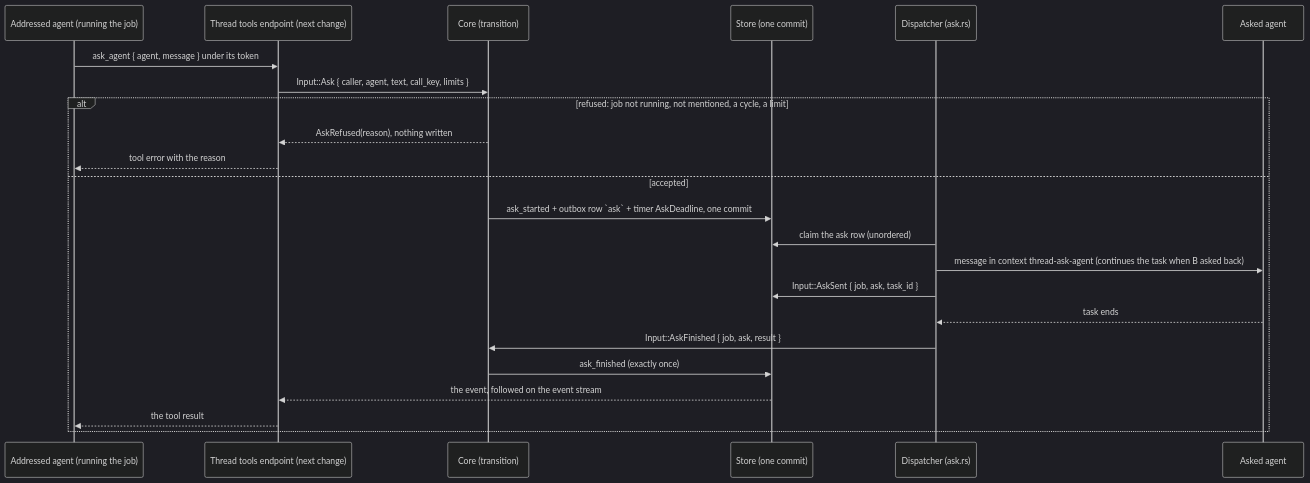
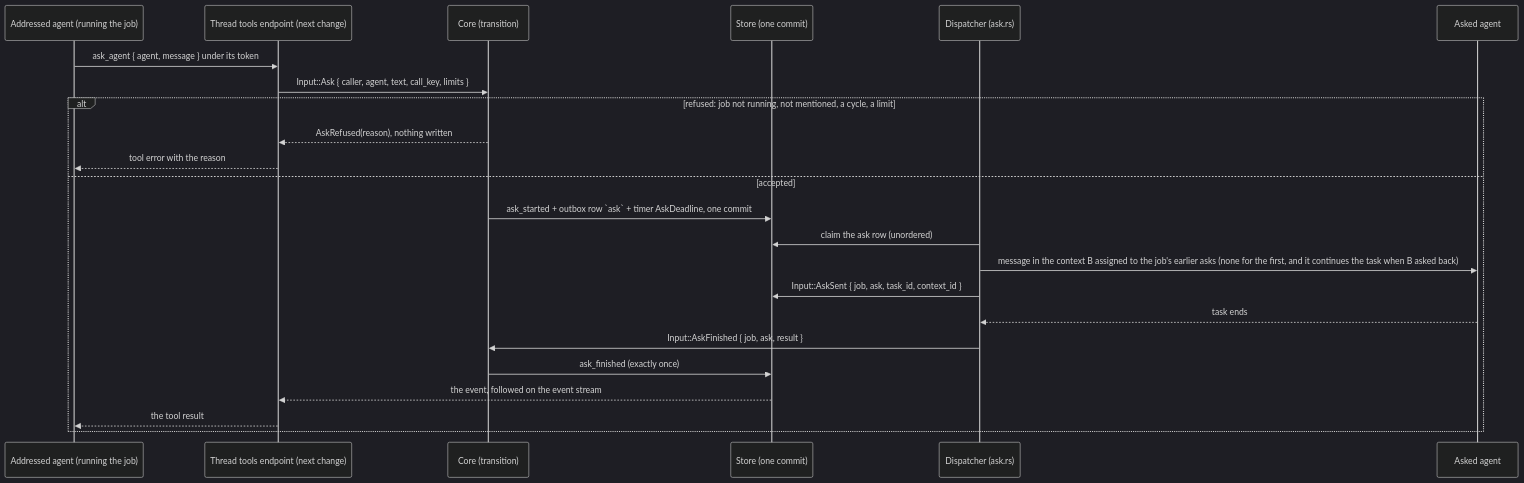
Before and after one commit to vymalo/another-agentic-system: the tenth of 44 diagrams in docs/orchestrator.md, drawn with Mermaid (dark theme). The commit also changed other lines of this file and 145 other files, not shown here.

First line of the commit message:
feat(orchestrator)!: the agent assigns the A2A context; kagent 0.10 and 1.x scenarios (ADR 0055) (#196)

````diff
--- a/docs/orchestrator.md
+++ b/docs/orchestrator.md
@@ -598,25 +606,25 @@
 ```mermaid
 sequenceDiagram
   participant M as Addressed agent (running the job)
   participant E as Thread tools endpoint (next change)
   participant C as Core (transition)
   participant S as Store (one commit)
   participant D as Dispatcher (ask.rs)
   participant B as Asked agent
   M->>E: ask_agent { agent, message } under its token
   E->>C: Input::Ask { caller, agent, text, call_key, limits }
   alt refused: job not running, not mentioned, a cycle, a limit
     C-->>E: AskRefused(reason), nothing written
     E-->>M: tool error with the reason
   else accepted
     C->>S: ask_started + outbox row `ask` + timer AskDeadline, one commit
     D->>S: claim the ask row (unordered)
-    D->>B: message in context thread-ask-agent (continues the task when B asked back)
-    D->>S: Input::AskSent { job, ask, task_id }
+    D->>B: message in the context B assigned to the job's earlier asks (none for the first, and it continues the task when B asked back)
+    D->>S: Input::AskSent { job, ask, task_id, context_id }
     B-->>D: task ends
     D->>C: Input::AskFinished { job, ask, result }
     C->>S: ask_finished (exactly once)
     S-->>E: the event, followed on the event stream
     E-->>M: the tool result
   end
 ```
````
